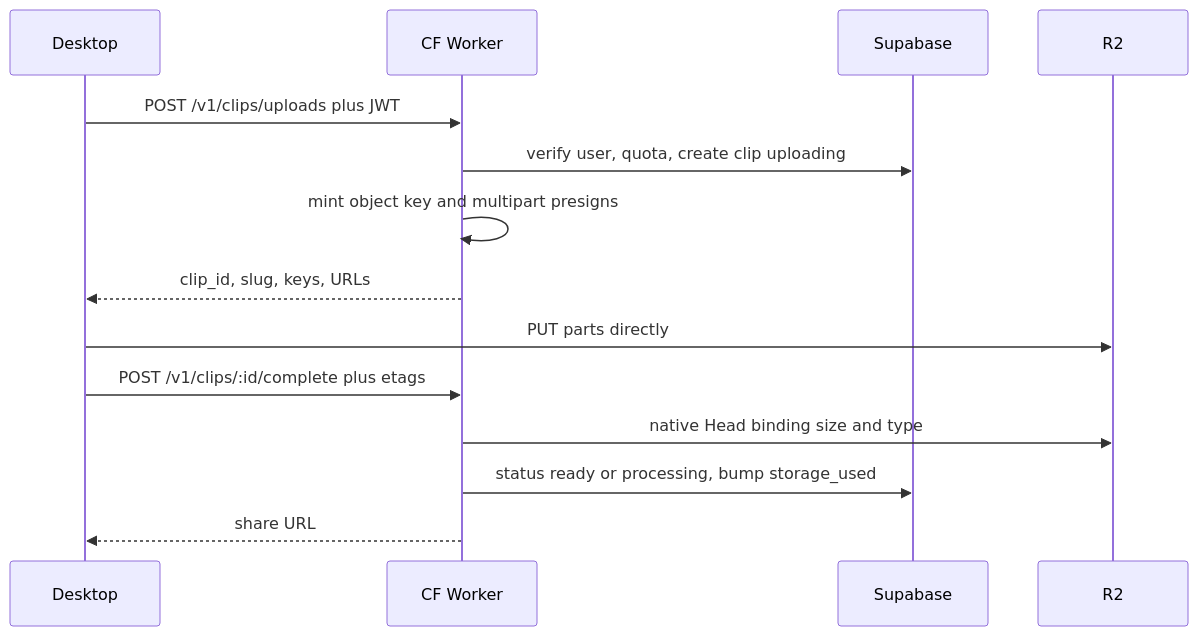
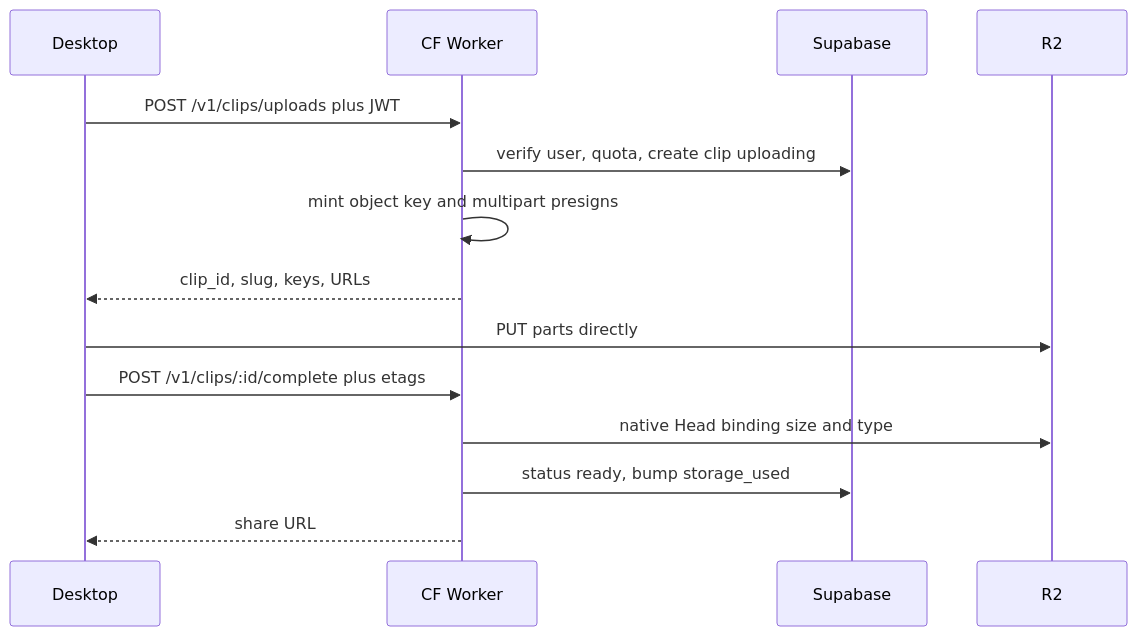
One commit to elite6108/replayr changed the third of 3 diagrams in docs/ARCHITECTURE.md. Above: the diagram before and after it, drawn with Mermaid. The commit also changed other lines of this file and 16 other files, not shown here.

````diff
--- a/docs/ARCHITECTURE.md
+++ b/docs/ARCHITECTURE.md
@@ -158,16 +374,16 @@
 ```mermaid
 sequenceDiagram
   participant App as Desktop
   participant Worker as CF Worker
   participant SB as Supabase
   participant R2 as R2
   App->>Worker: POST /v1/clips/uploads plus JWT
   Worker->>SB: verify user, quota, create clip uploading
   Worker->>Worker: mint object key and multipart presigns
   Worker-->>App: clip_id, slug, keys, URLs
   App->>R2: PUT parts directly
   App->>Worker: POST /v1/clips/:id/complete plus etags
   Worker->>R2: native Head binding size and type
-  Worker->>SB: status ready or processing, bump storage_used
+  Worker->>SB: status ready, bump storage_used
   Worker-->>App: share URL
 ```
````
